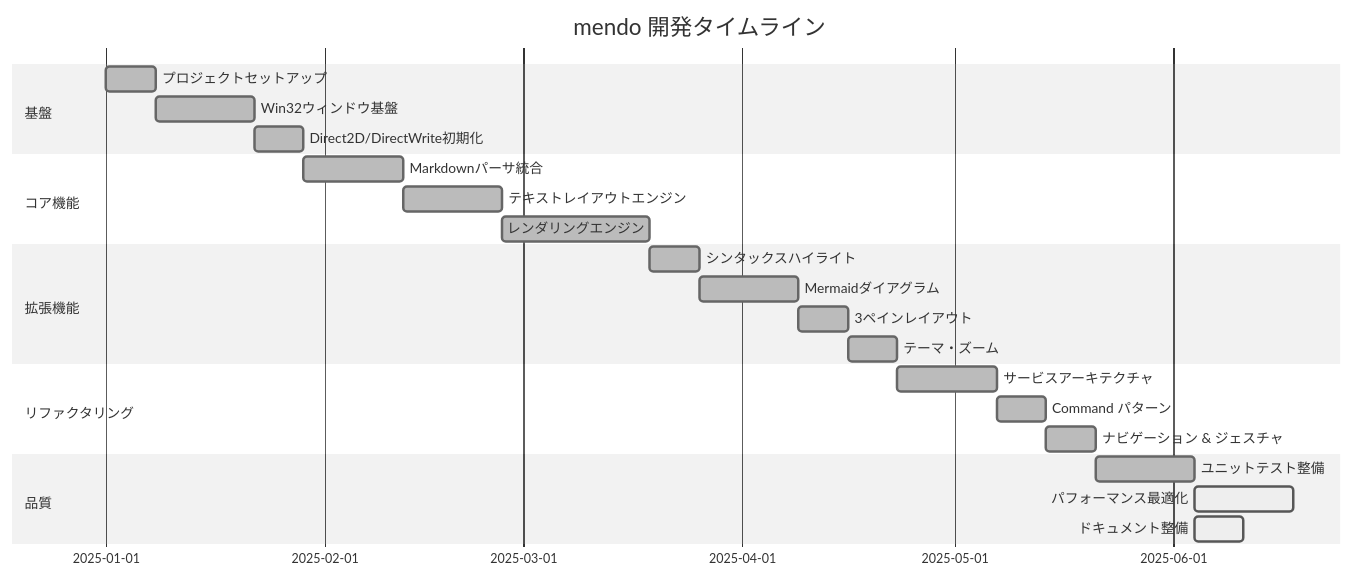
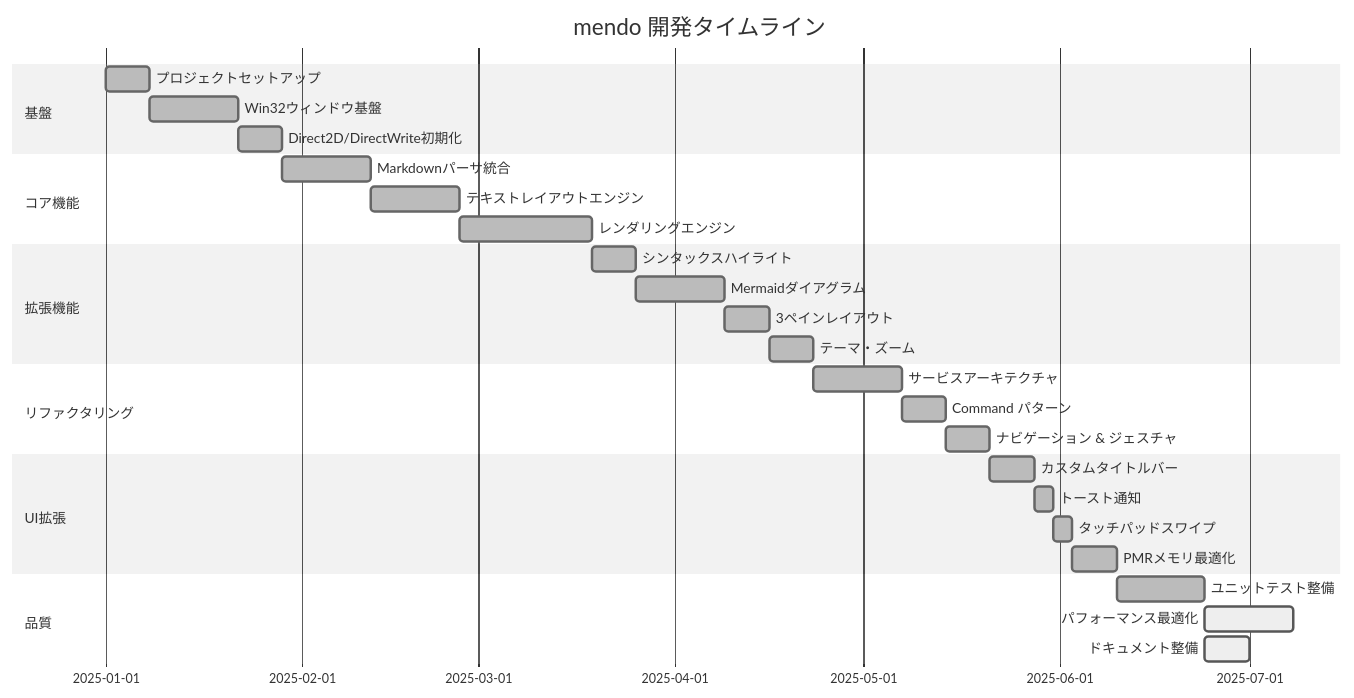
Before and after one commit to tanaton/mendo: diagram 27 of 27 in test.md, drawn with Mermaid (neutral theme). The commit also changed other lines of this file, not shown here.

Commit message:
ドキュメントバージョンを1.2.0に更新し、カスタムタイトルバー、トースト通知、スワイプ検出機能の詳細を追加

````diff
--- a/test.md
+++ b/test.md
@@ -2505,30 +2737,36 @@
 ```mermaid
 gantt
     title mendo 開発タイムライン
     dateFormat  YYYY-MM-DD
     section 基盤
     プロジェクトセットアップ      :done, a1, 2025-01-01, 7d
     Win32ウィンドウ基盤           :done, a2, after a1, 14d
     Direct2D/DirectWrite初期化    :done, a3, after a2, 7d
 
     section コア機能
     Markdownパーサ統合            :done, b1, after a3, 14d
     テキストレイアウトエンジン    :done, b2, after b1, 14d
     レンダリングエンジン          :done, b3, after b2, 21d
 
     section 拡張機能
     シンタックスハイライト        :done, c1, after b3, 7d
     Mermaidダイアグラム           :done, c2, after c1, 14d
     3ペインレイアウト             :done, c3, after c2, 7d
     テーマ・ズーム                :done, c4, after c3, 7d
 
     section リファクタリング
     サービスアーキテクチャ        :done, e1, after c4, 14d
     Command パターン              :done, e2, after e1, 7d
     ナビゲーション & ジェスチャ   :done, e3, after e2, 7d
 
+    section UI拡張
+    カスタムタイトルバー          :done, f1, after e3, 7d
+    トースト通知                  :done, f2, after f1, 3d
+    タッチパッドスワイプ          :done, f3, after f2, 3d
+    PMRメモリ最適化               :done, f4, after f3, 7d
+
     section 品質
-    ユニットテスト整備            :done, d1, after e3, 14d
+    ユニットテスト整備            :done, d1, after f4, 14d
     パフォーマンス最適化          :active, d2, after d1, 14d
     ドキュメント整備              :active, d3, after d1, 7d
 ```
````
